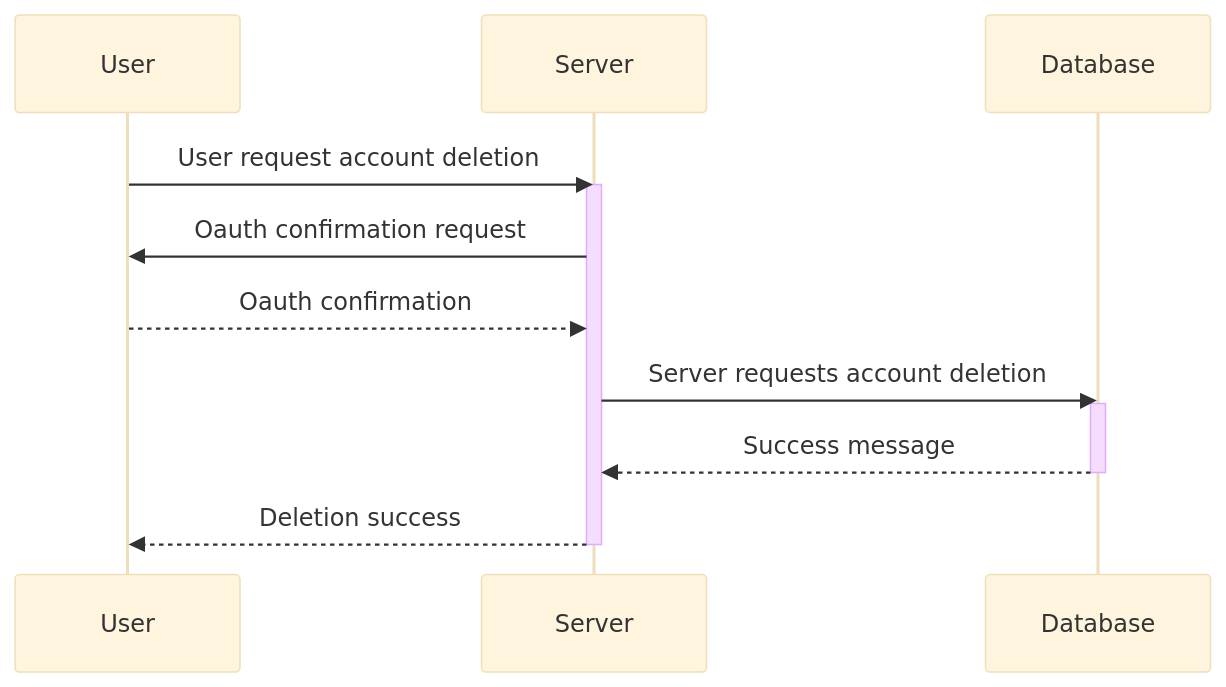
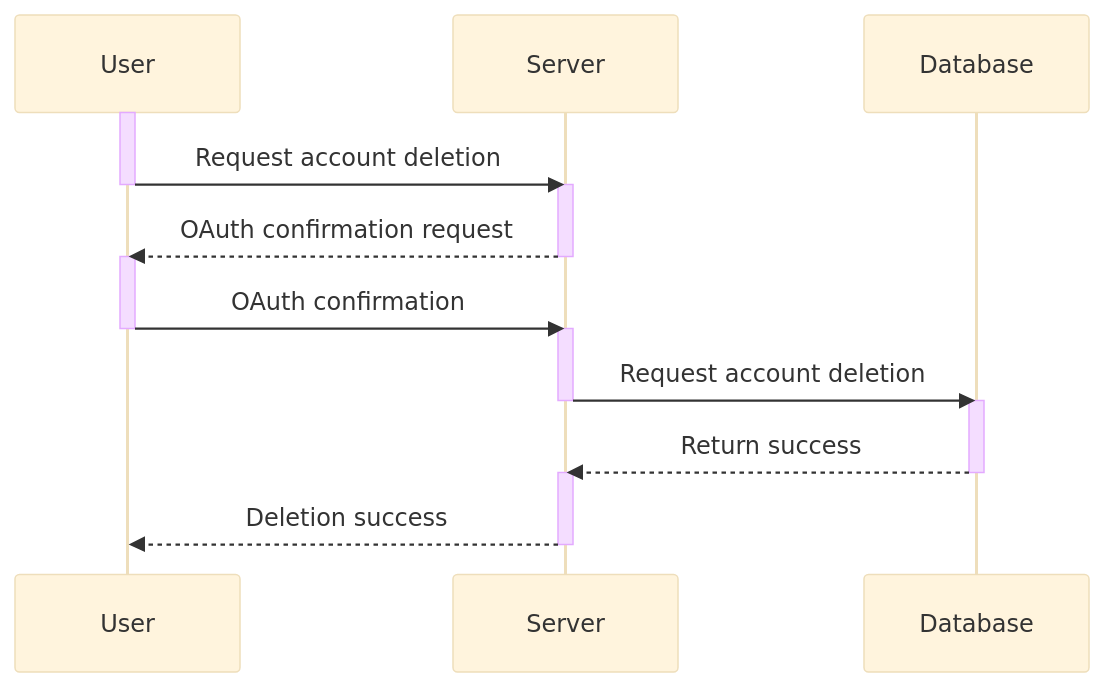
Before and after one commit to capstone-projects-2024-fall/project-whiteboardflow: the fifth of 8 diagrams in documentation/docs/system-architecture/Sequence Diagrams.md, drawn with Mermaid (base theme). The commit also changed other lines of this file, not shown here.

First line of the commit message:
Revise sequence diagrams

````diff
--- a/documentation/docs/system-architecture/Sequence Diagrams.md
+++ b/documentation/docs/system-architecture/Sequence Diagrams.md
@@ -152,20 +168,33 @@
 ```mermaid
 
 sequenceDiagram
 
 participant User
 participant Server
 participant Database
 
-User->>Server:User request account deletion
+activate User
+User ->> Server: Request account deletion
+deactivate User
+
 activate Server
-Server->>User:Oauth confirmation request
-User-->>Server:Oauth confirmation
-Server->>Database:Server requests account deletion
+Server -->> User: OAuth confirmation request
+deactivate Server
+
+activate User
+User ->> Server: OAuth confirmation
+deactivate User
+
+activate Server
+Server ->> Database: Request account deletion
+deactivate Server
+
 activate Database
-Database-->>Server:Success message
+Database -->> Server: Return success
 deactivate Database
-Server-->>User:Deletion success
+
+activate Server
+Server -->> User: Deletion success
 deactivate Server
 
 ```
````
